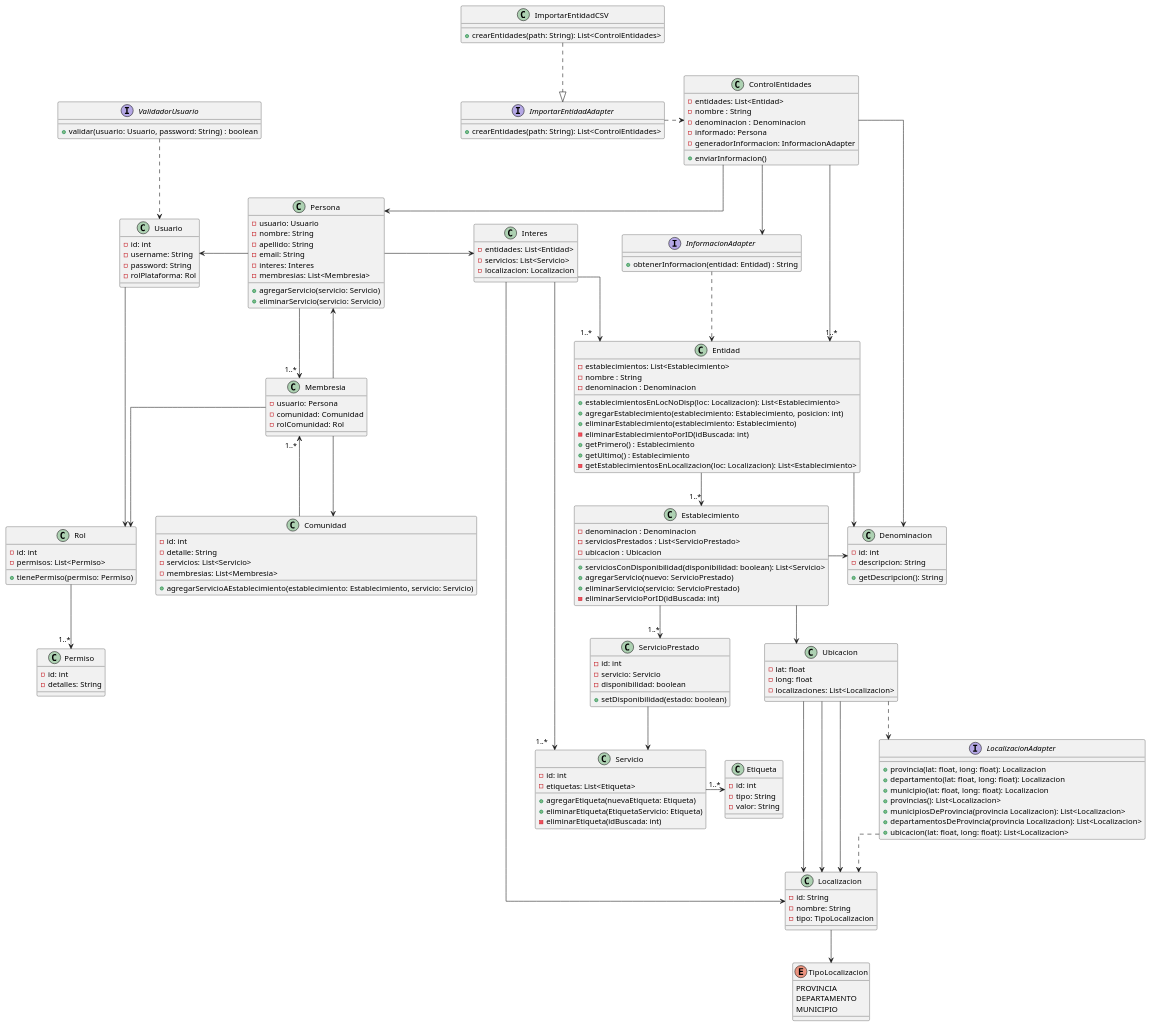
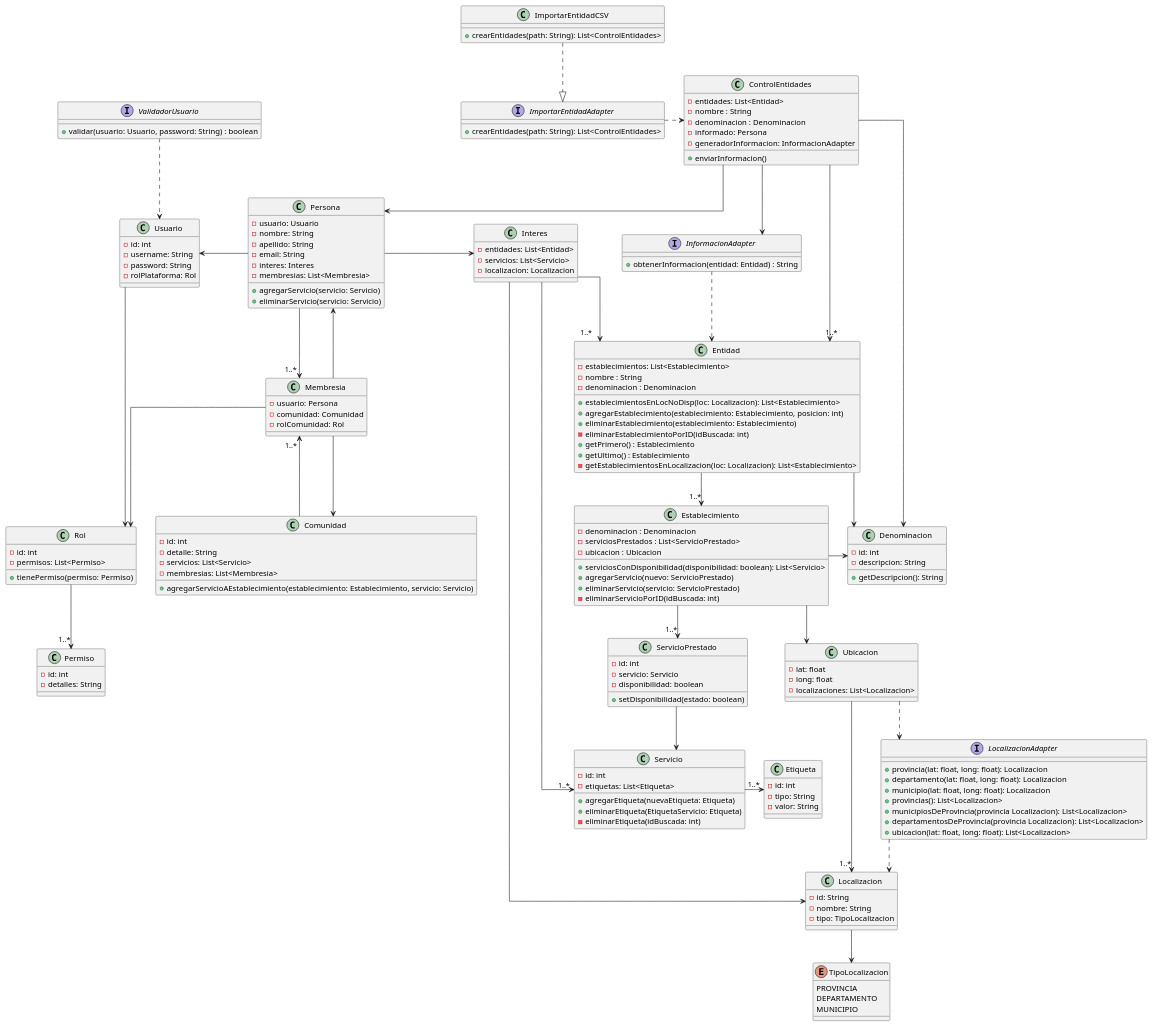
The diagram in DC/dc-e2.puml (mbertogliati/dds-tpa), drawn with PlantUML before and after one commit. The commit also changed 2 other files, not shown here.

```diff
--- a/DC/dc-e2.puml
+++ b/DC/dc-e2.puml
@@ -77,9 +77,7 @@
     MUNICIPIO
 }
 
-Ubicacion --> Localizacion
-Ubicacion --> Localizacion
-Ubicacion --> Localizacion
+Ubicacion --> "1..*" Localizacion
 
 interface LocalizacionAdapter{
     + provincia(lat: float, long: float): Localizacion
```
